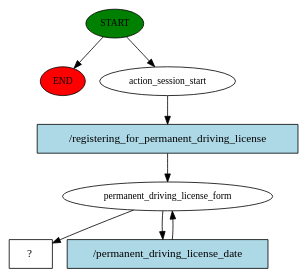
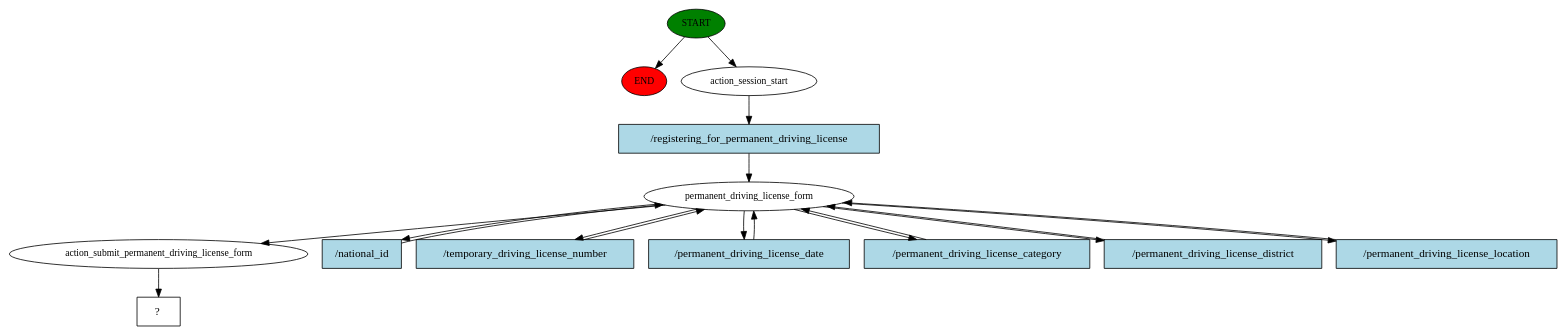
Before and after one commit to Kira-Floris/bakame-chatbot: the diagram in story_graph.dot, drawn with Graphviz. The commit also changed 270 other files, not shown here.

Commit message:
finishing setup for permanent driving license form using actions, setting up front end for the chatbot

```diff
--- a/story_graph.dot
+++ b/story_graph.dot
@@ -1,16 +1,33 @@
 digraph  {
 0 [class="start active", fillcolor=green, fontsize=12, label=START, style=filled];
 "-1" [class=end, fillcolor=red, fontsize=12, label=END, style=filled];
 1 [class=active, fontsize=12, label=action_session_start];
 2 [class=active, fontsize=12, label=permanent_driving_license_form];
-4 [class="intent dashed active", label="  ?  ", shape=rect];
-5 [class="intent active", fillcolor=lightblue, label="/registering_for_permanent_driving_license", shape=rect, style=filled];
-6 [class="intent active", fillcolor=lightblue, label="/permanent_driving_license_date", shape=rect, style=filled];
+9 [class=active, fontsize=12, label=action_submit_permanent_driving_license_form];
+10 [class="intent dashed active", label="  ?  ", shape=rect];
+11 [class="intent active", fillcolor=lightblue, label="/registering_for_permanent_driving_license", shape=rect, style=filled];
+12 [class="intent active", fillcolor=lightblue, label="/national_id", shape=rect, style=filled];
+13 [class="intent active", fillcolor=lightblue, label="/temporary_driving_license_number", shape=rect, style=filled];
+14 [class="intent active", fillcolor=lightblue, label="/permanent_driving_license_date", shape=rect, style=filled];
+15 [class="intent active", fillcolor=lightblue, label="/permanent_driving_license_category", shape=rect, style=filled];
+16 [class="intent active", fillcolor=lightblue, label="/permanent_driving_license_district", shape=rect, style=filled];
+17 [class="intent active", fillcolor=lightblue, label="/permanent_driving_license_location", shape=rect, style=filled];
 0 -> "-1"  [class="", key=NONE, label=""];
 0 -> 1  [class=active, key=NONE, label=""];
-1 -> 5  [class=active, key=0];
-2 -> 4  [class=active, key=NONE, label=""];
-2 -> 6  [class=active, key=0];
-5 -> 2  [class=active, key=0];
-6 -> 2  [class=active, key=0];
+1 -> 11  [class=active, key=0];
+2 -> 9  [class=active, key=NONE, label=""];
+2 -> 12  [class=active, key=0];
+2 -> 13  [class=active, key=0];
+2 -> 14  [class=active, key=0];
+2 -> 15  [class=active, key=0];
+2 -> 16  [class=active, key=0];
+2 -> 17  [class=active, key=0];
+9 -> 10  [class=active, key=NONE, label=""];
+11 -> 2  [class=active, key=0];
+12 -> 2  [class=active, key=0];
+13 -> 2  [class=active, key=0];
+14 -> 2  [class=active, key=0];
+15 -> 2  [class=active, key=0];
+16 -> 2  [class=active, key=0];
+17 -> 2  [class=active, key=0];
 }
```
